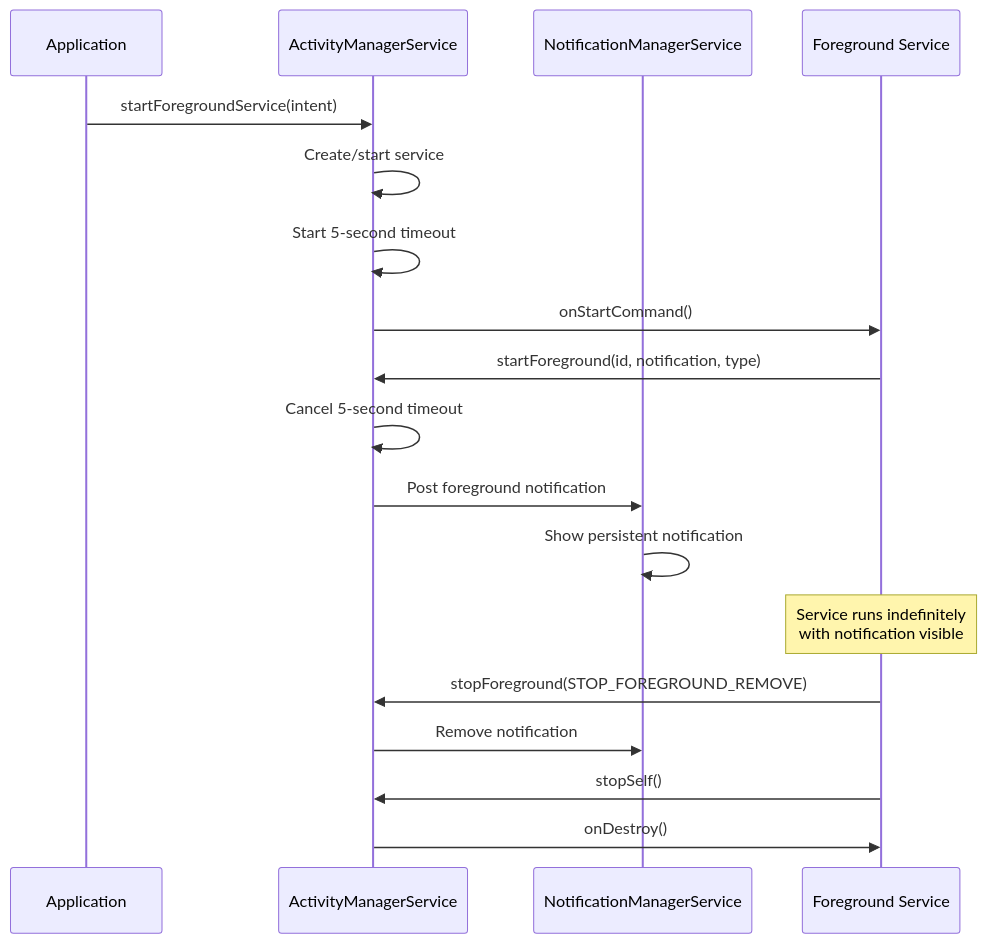
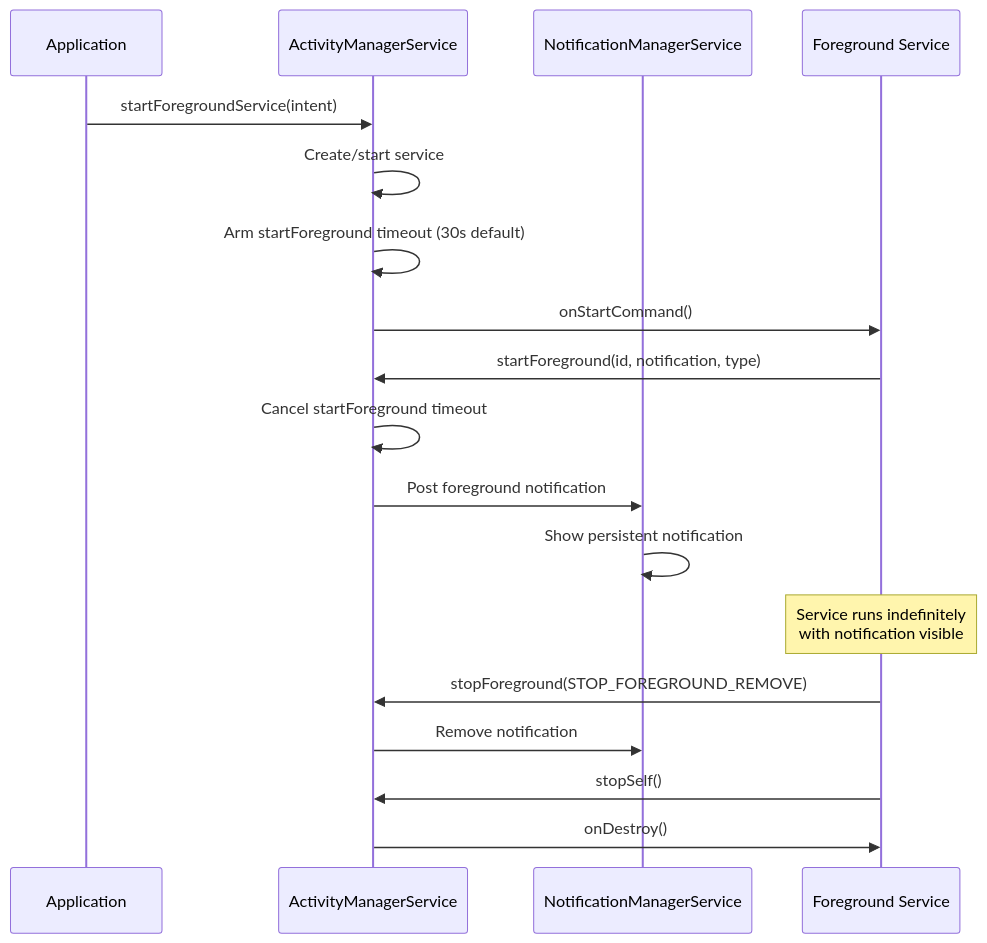
Diagram 12 of 17 in agents/claude/skills/aosp-framework-services/30-background-tasks.md (aospbooks/aosp-internal-book), drawn with Mermaid before and after one commit. The commit also changed other lines of this file and 218 other files, not shown here.

````diff
--- a/agents/claude/skills/aosp-framework-services/30-background-tasks.md
+++ b/agents/claude/skills/aosp-framework-services/30-background-tasks.md
@@ -1363,24 +1366,24 @@
 ```mermaid
 sequenceDiagram
     participant App as Application
     participant AMS as ActivityManagerService
     participant NMS as NotificationManagerService
     participant FGS as Foreground Service
 
     App->>AMS: startForegroundService(intent)
     AMS->>AMS: Create/start service
-    AMS->>AMS: Start 5-second timeout
+    AMS->>AMS: Arm startForeground timeout (30s default)
     AMS->>FGS: onStartCommand()
 
     FGS->>AMS: startForeground(id, notification, type)
-    AMS->>AMS: Cancel 5-second timeout
+    AMS->>AMS: Cancel startForeground timeout
     AMS->>NMS: Post foreground notification
     NMS->>NMS: Show persistent notification
 
     Note over FGS: Service runs indefinitely<br/>with notification visible
 
     FGS->>AMS: stopForeground(STOP_FOREGROUND_REMOVE)
     AMS->>NMS: Remove notification
     FGS->>AMS: stopSelf()
     AMS->>FGS: onDestroy()
 ```
````
